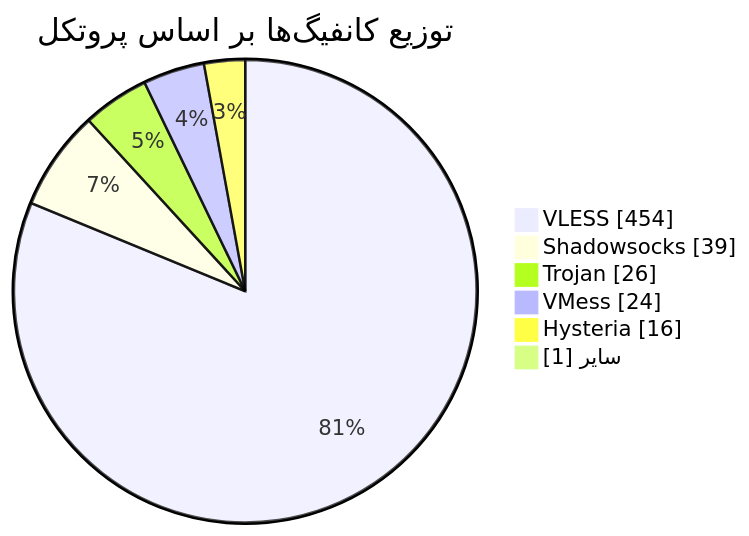
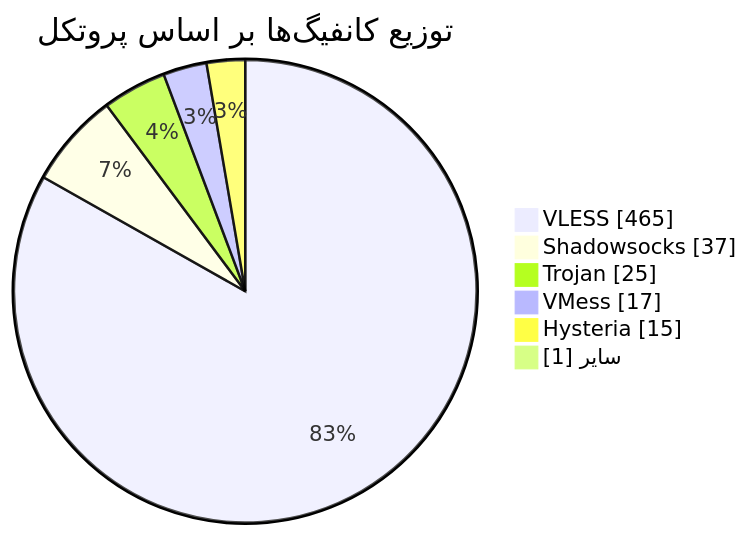
The diagram in README.md (Arian-Alijani/Somthing), drawn with Mermaid before and after one commit. The commit also changed other lines of this file and 85 other files, not shown here.

````diff
--- a/README.md
+++ b/README.md
@@ -48,10 +48,10 @@
 ```mermaid
 pie showData
     title توزیع کانفیگ‌ها بر اساس پروتکل
-    "VLESS" : 454
-    "Shadowsocks" : 39
-    "Trojan" : 26
-    "VMess" : 24
-    "Hysteria" : 16
+    "VLESS" : 465
+    "Shadowsocks" : 37
+    "Trojan" : 25
+    "VMess" : 17
+    "Hysteria" : 15
     "سایر" : 1
 ```
````
